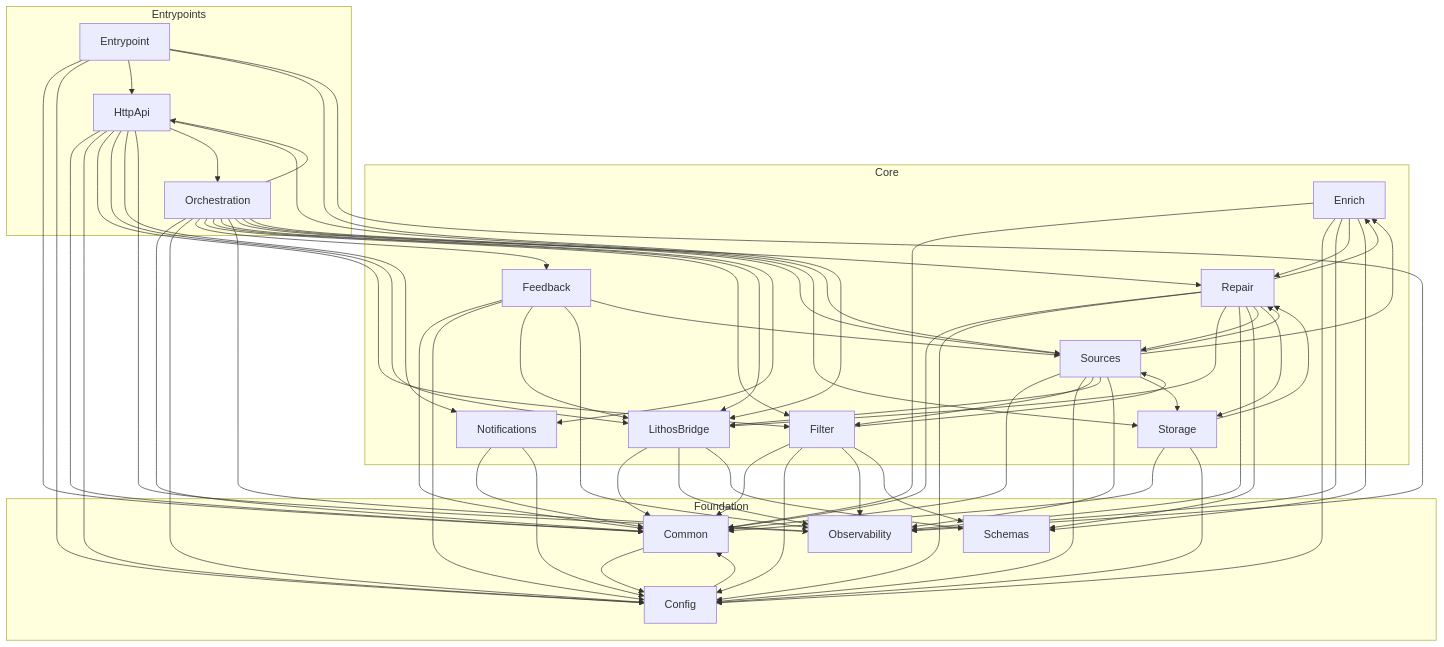
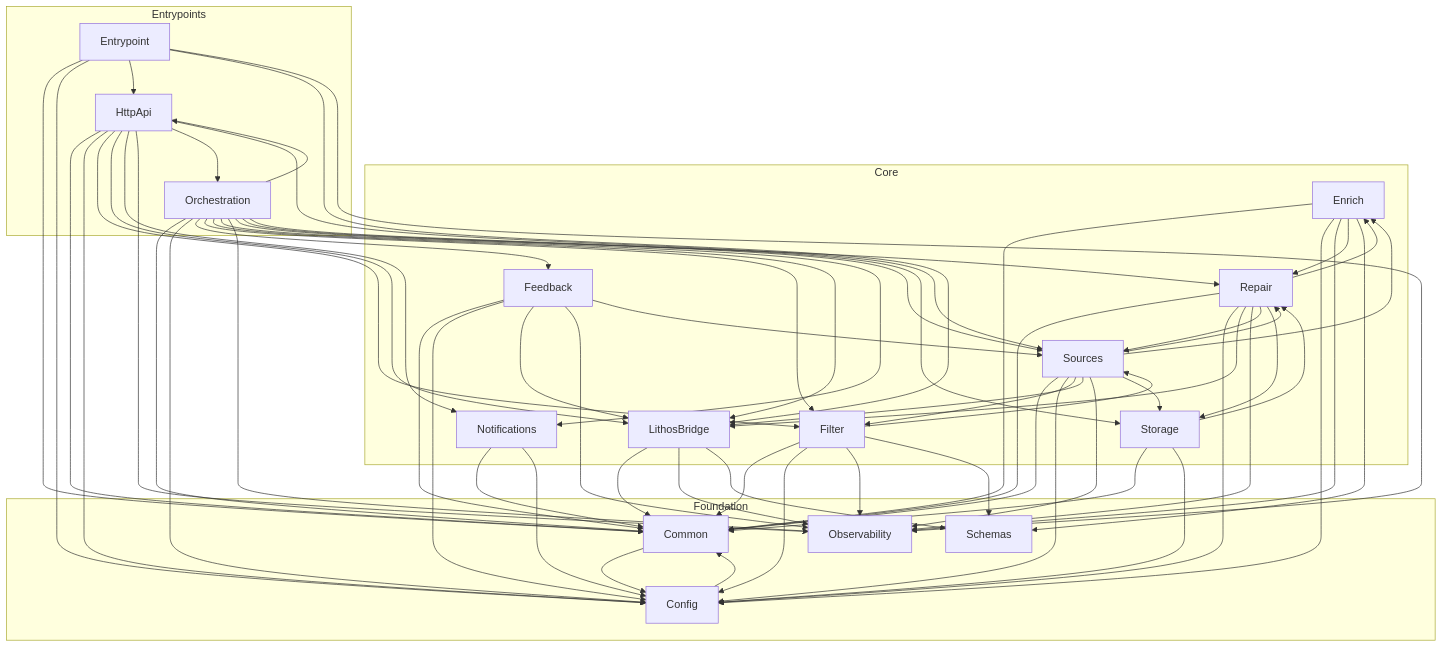
One commit to agent-lore/influx changed the diagram in docs/generated/architecture.md. Above: the diagram before and after it, drawn with Mermaid. The commit also changed 5 other files, not shown here.

```diff
--- a/docs/generated/architecture.md
+++ b/docs/generated/architecture.md
@@ -77,7 +77,6 @@
   Repair --> Enrich
   Repair --> LithosBridge
   Repair --> Observability
-  Repair --> Schemas
   Repair --> Sources
   Repair --> Storage
   Sources --> Common
```
